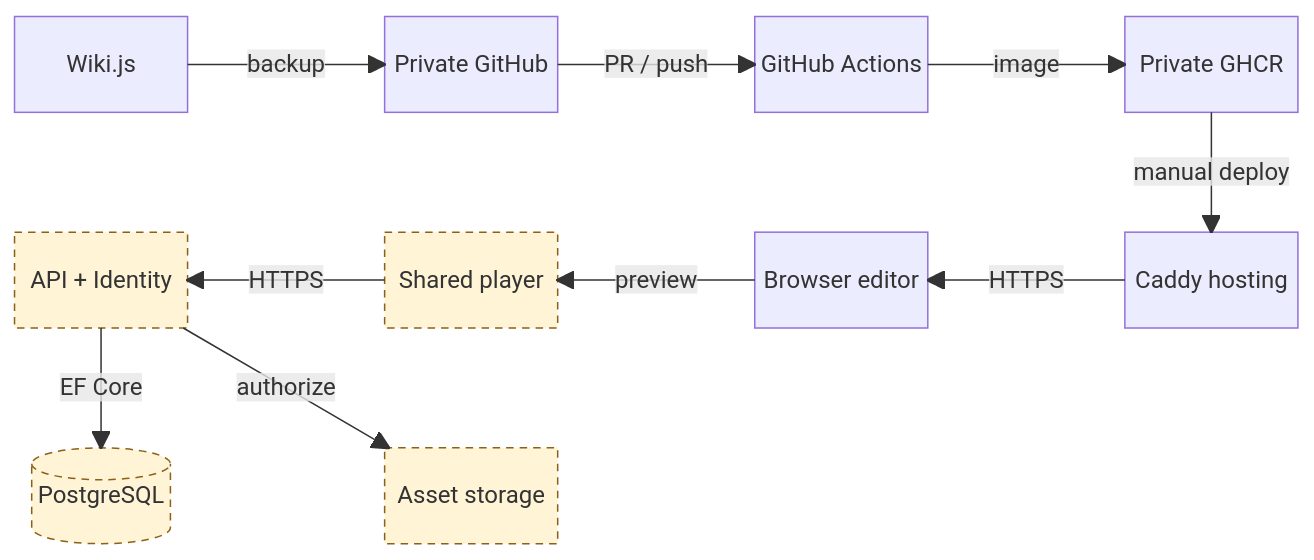
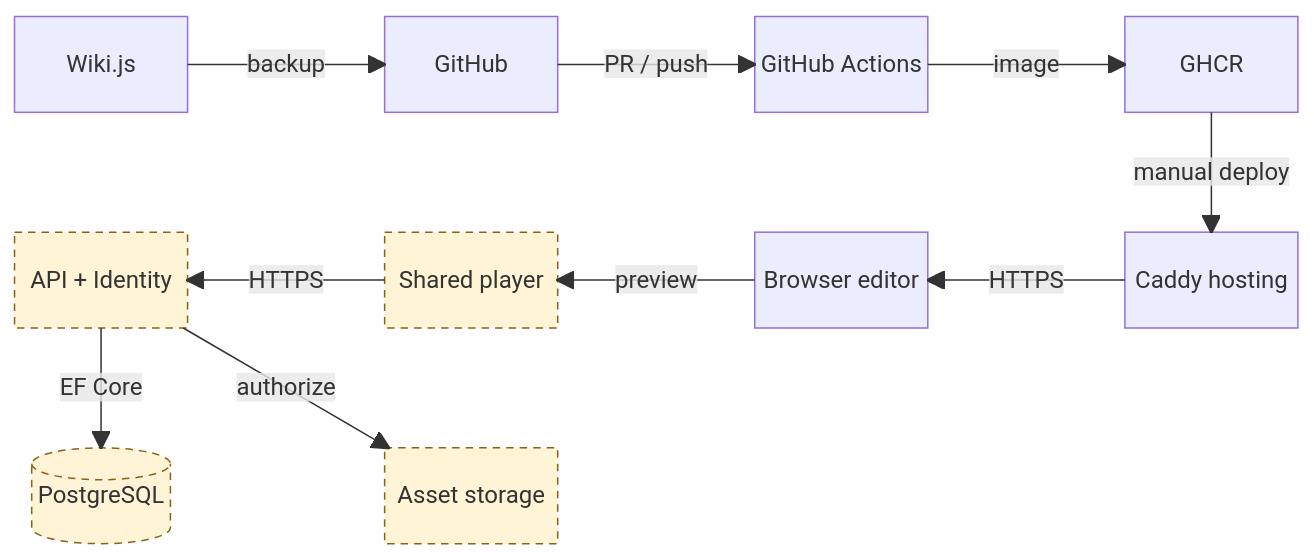
One commit to Team-Meshworks/gam300 changed the second of 2 diagrams in docs/architecture.md. Above: the diagram before and after it, drawn with Mermaid. The commit also changed other lines of this file and 12 other files, not shown here.

````diff
--- a/docs/architecture.md
+++ b/docs/architecture.md
@@ -64,23 +63,23 @@
 ```mermaid
 block-beta
   %% Four components per row, folding right-to-left after the first row
   columns 7
-  wiki["Wiki.js"] space repo["Private GitHub"] space ci["GitHub Actions"] space registry["Private GHCR"]
+  wiki["Wiki.js"] space repo["GitHub"] space ci["GitHub Actions"] space registry["GHCR"]
   space:7
   api["API + Identity"] space player["Shared player"] space editor["Browser editor"] space host["Caddy hosting"]
   space:7
   db[("PostgreSQL")] space assets["Asset storage"] space:4
 
   wiki -- "backup" --> repo
   repo -- "PR / push" --> ci
   ci -- "image" --> registry
   registry -- "manual deploy" --> host
   host -- "HTTPS" --> editor
   editor -- "preview" --> player
   player -- "HTTPS" --> api
   api -- "EF Core" --> db
   api -- "authorize" --> assets
 
   classDef planned fill:#fff4d6,stroke:#8a6116,color:#35270c,stroke-dasharray:5 4
   class api,player,db,assets planned
 ```
````
